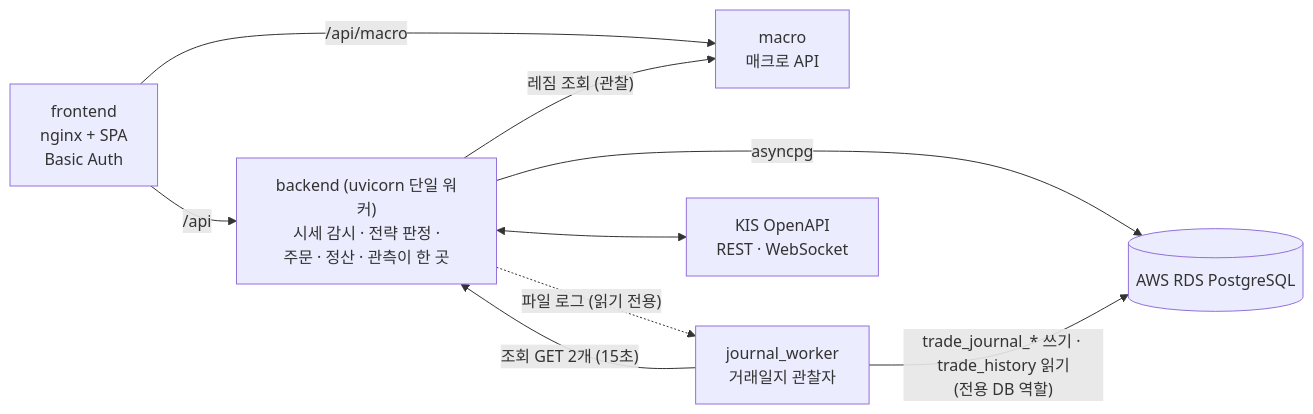
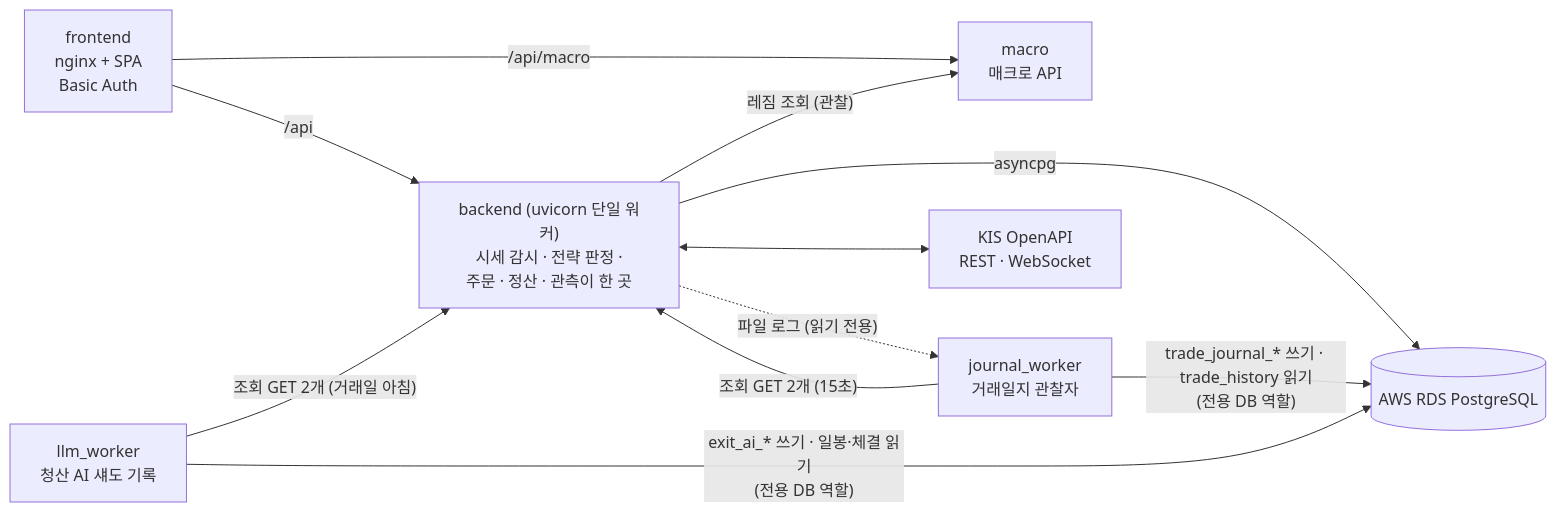
One commit to canduk910/auto_stock changed the third of 7 diagrams in README.md. Above: the diagram before and after it, drawn with Mermaid. The commit also changed other lines of this file and 16 other files, not shown here.

````diff
--- a/README.md
+++ b/README.md
@@ -717,17 +767,20 @@
 ```mermaid
 flowchart LR
     FE["frontend<br/>nginx + SPA<br/>Basic Auth"]
     BE["backend (uvicorn 단일 워커)<br/>시세 감시 · 전략 판정 ·<br/>주문 · 정산 · 관측이 한 곳"]
     MAC["macro<br/>매크로 API"]
     JW["journal_worker<br/>거래일지 관찰자"]
+    LW["llm_worker<br/>청산 AI 섀도 기록"]
     KIS["KIS OpenAPI<br/>REST · WebSocket"]
     RDS[("AWS RDS PostgreSQL")]
     FE -->|"/api"| BE
     FE -->|"/api/macro"| MAC
     BE -->|"레짐 조회 (관찰)"| MAC
     BE <--> KIS
     BE -->|"asyncpg"| RDS
     JW -->|"조회 GET 2개 (15초)"| BE
     BE -.->|"파일 로그 (읽기 전용)"| JW
     JW -->|"trade_journal_* 쓰기 · trade_history 읽기<br/>(전용 DB 역할)"| RDS
+    LW -->|"조회 GET 2개 (거래일 아침)"| BE
+    LW -->|"exit_ai_* 쓰기 · 일봉·체결 읽기<br/>(전용 DB 역할)"| RDS
 ```
````
